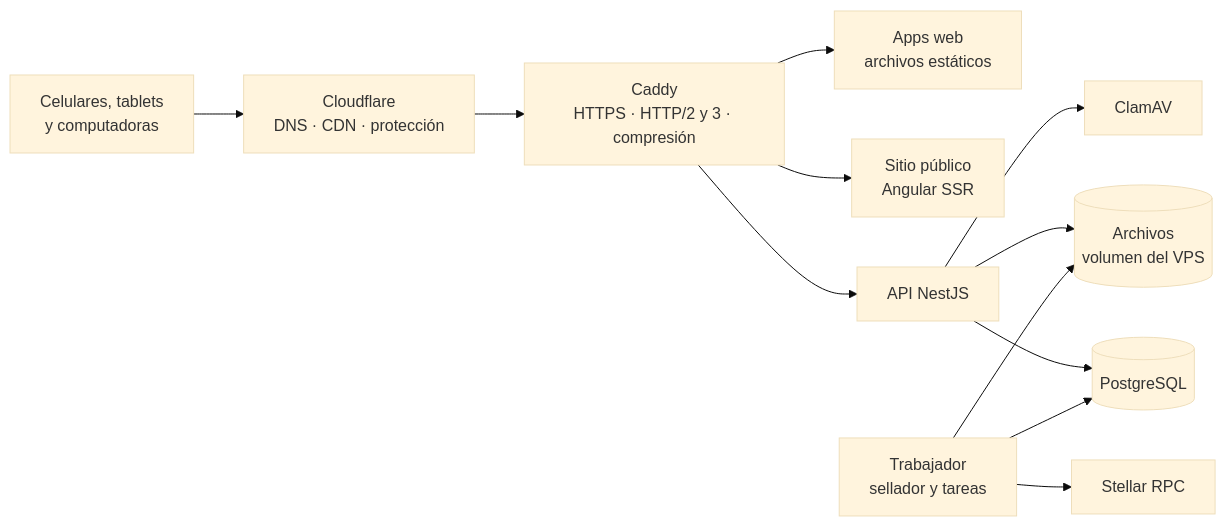
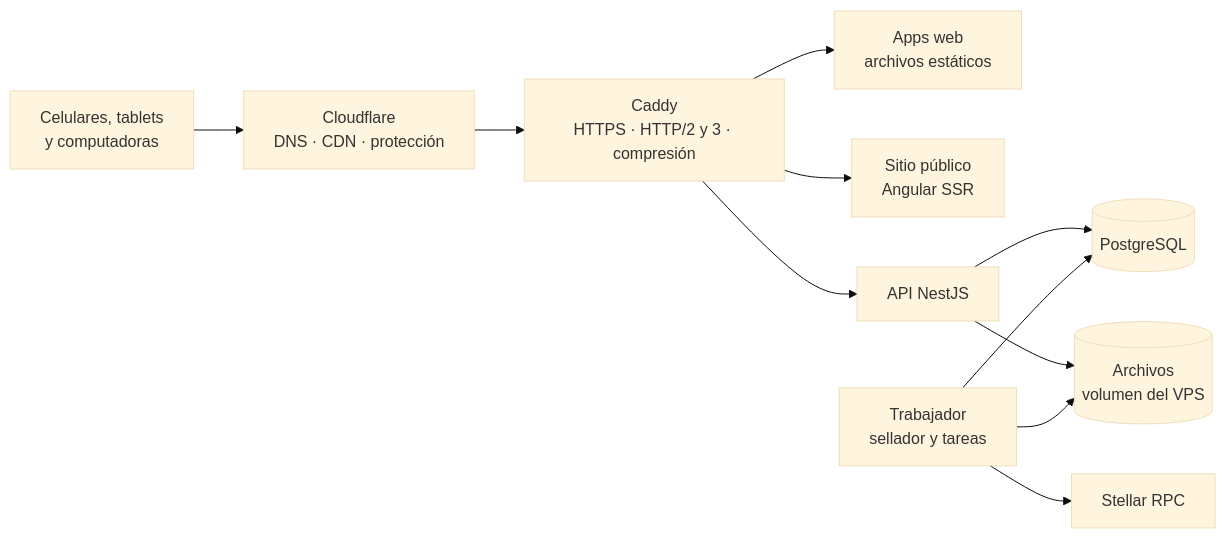
One commit to DAVV422/pasitos changed the diagram in docs/04-tecnico/09-stack-tecnologico.md. Above: the diagram before and after it, drawn with Mermaid (base theme). The commit also changed other lines of this file and 6 other files, not shown here.

````diff
--- a/docs/04-tecnico/09-stack-tecnologico.md
+++ b/docs/04-tecnico/09-stack-tecnologico.md
@@ -162,14 +162,13 @@
 ```mermaid
 flowchart LR
     U[Celulares, tablets<br/>y computadoras] --> CF[Cloudflare<br/>DNS · CDN · protección]
     CF --> C[Caddy<br/>HTTPS · HTTP/2 y 3 · compresión]
     C --> W[Apps web<br/>archivos estáticos]
     C --> S[Sitio público<br/>Angular SSR]
     C --> A[API NestJS]
     A --> P[(PostgreSQL)]
     K[Trabajador<br/>sellador y tareas] --> P
     K --> ST[Stellar RPC]
     A --> O[(Archivos<br/>volumen del VPS)]
     K --> O
-    A --> AV[ClamAV]
 ```
````
